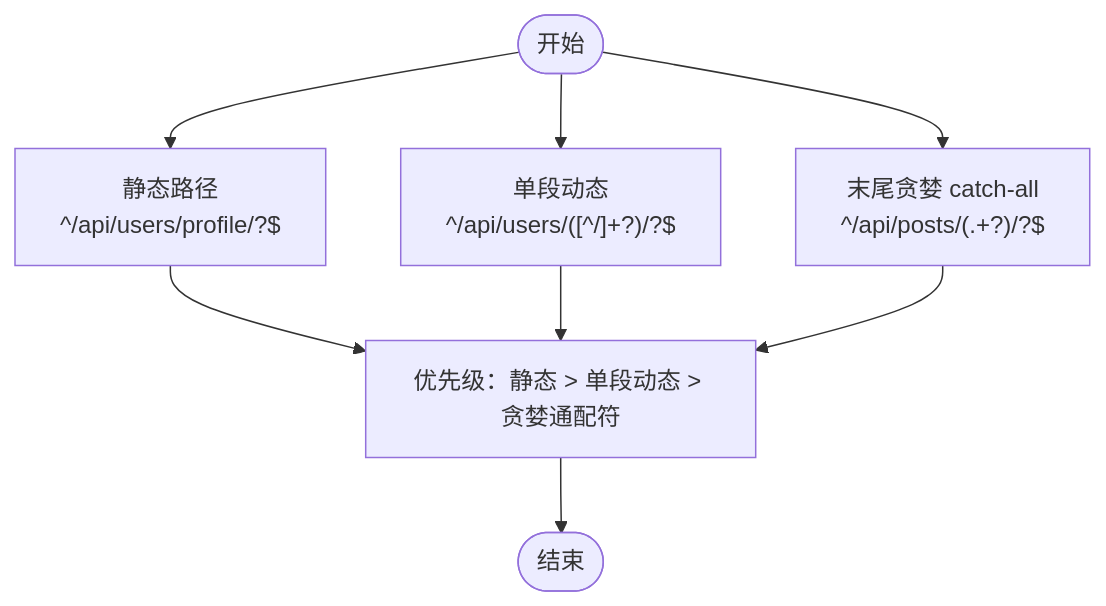
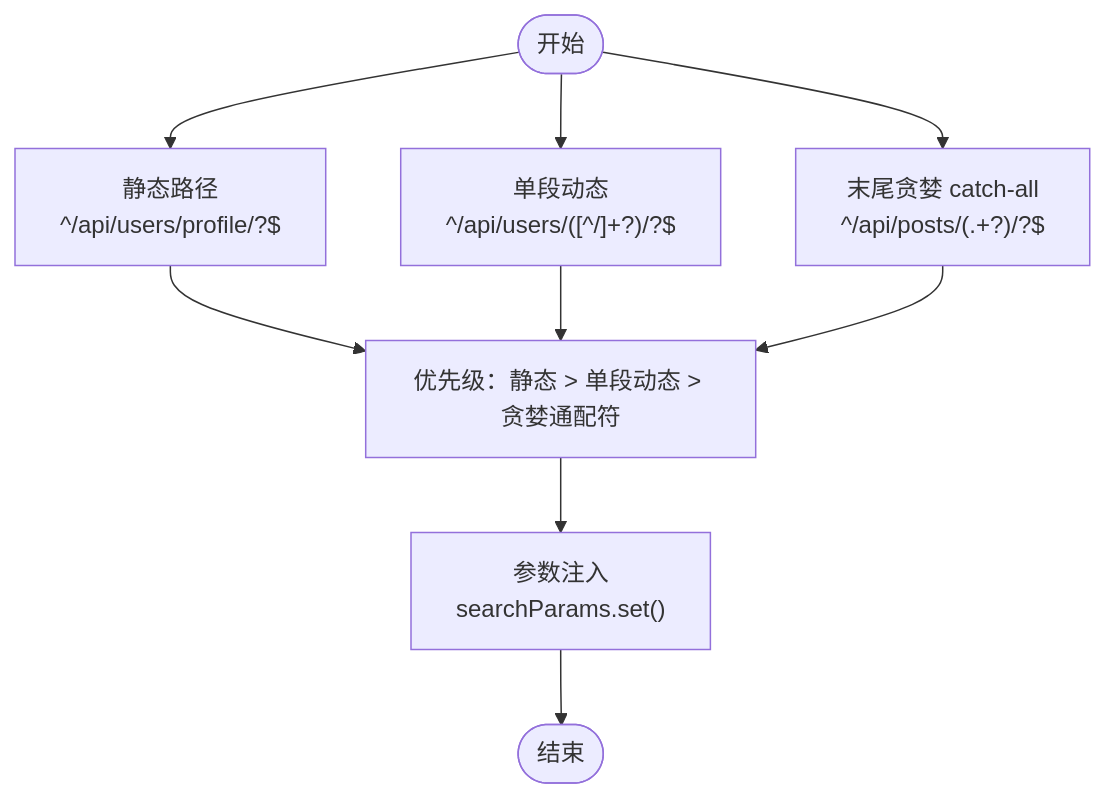
Before and after one commit to esa-sp/test-for-aone-ci: the sixth of 10 diagrams in .qoder/repowiki/zh/content/无服务器函数测试/无服务器函数测试.md, drawn with Mermaid. The commit also changed other lines of this file and 51 other files, not shown here.

````diff
--- a/.qoder/repowiki/zh/content/无服务器函数测试/无服务器函数测试.md
+++ b/.qoder/repowiki/zh/content/无服务器函数测试/无服务器函数测试.md
@@ -193,10 +303,11 @@
 ```mermaid
 flowchart TD
 Start(["开始"]) --> Static["静态路径<br/>^/api/users/profile/?$"]
 Start --> Dynamic["单段动态<br/>^/api/users/([^/]+?)/?$"]
 Start --> CatchAll["末尾贪婪 catch-all<br/>^/api/posts/(.+?)/?$"]
 Static --> Priority["优先级：静态 > 单段动态 > 贪婪通配符"]
 Dynamic --> Priority
 CatchAll --> Priority
-Priority --> End(["结束"])
+Priority --> Params["参数注入<br/>searchParams.set()"]
+Params --> End(["结束"])
 ```
````
